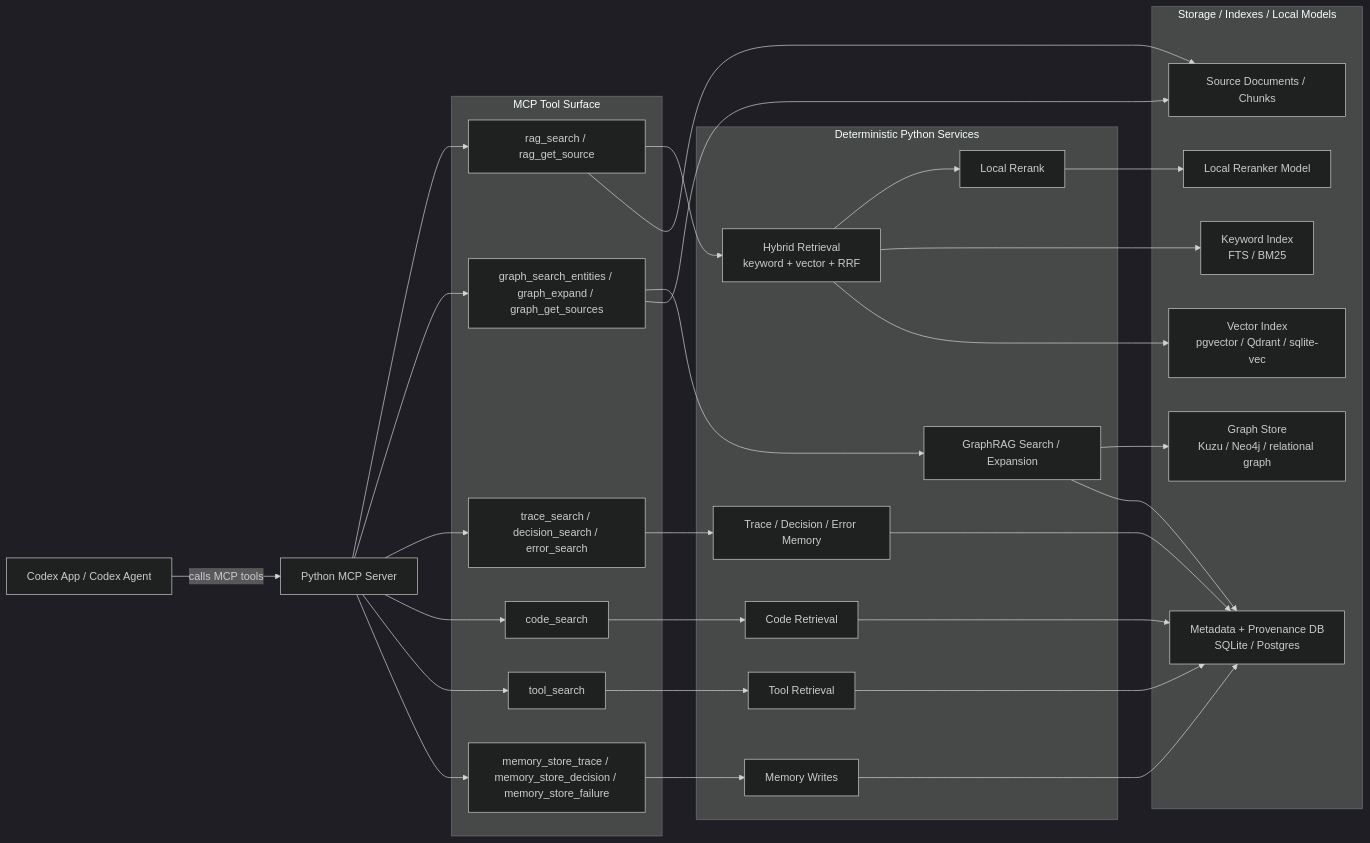
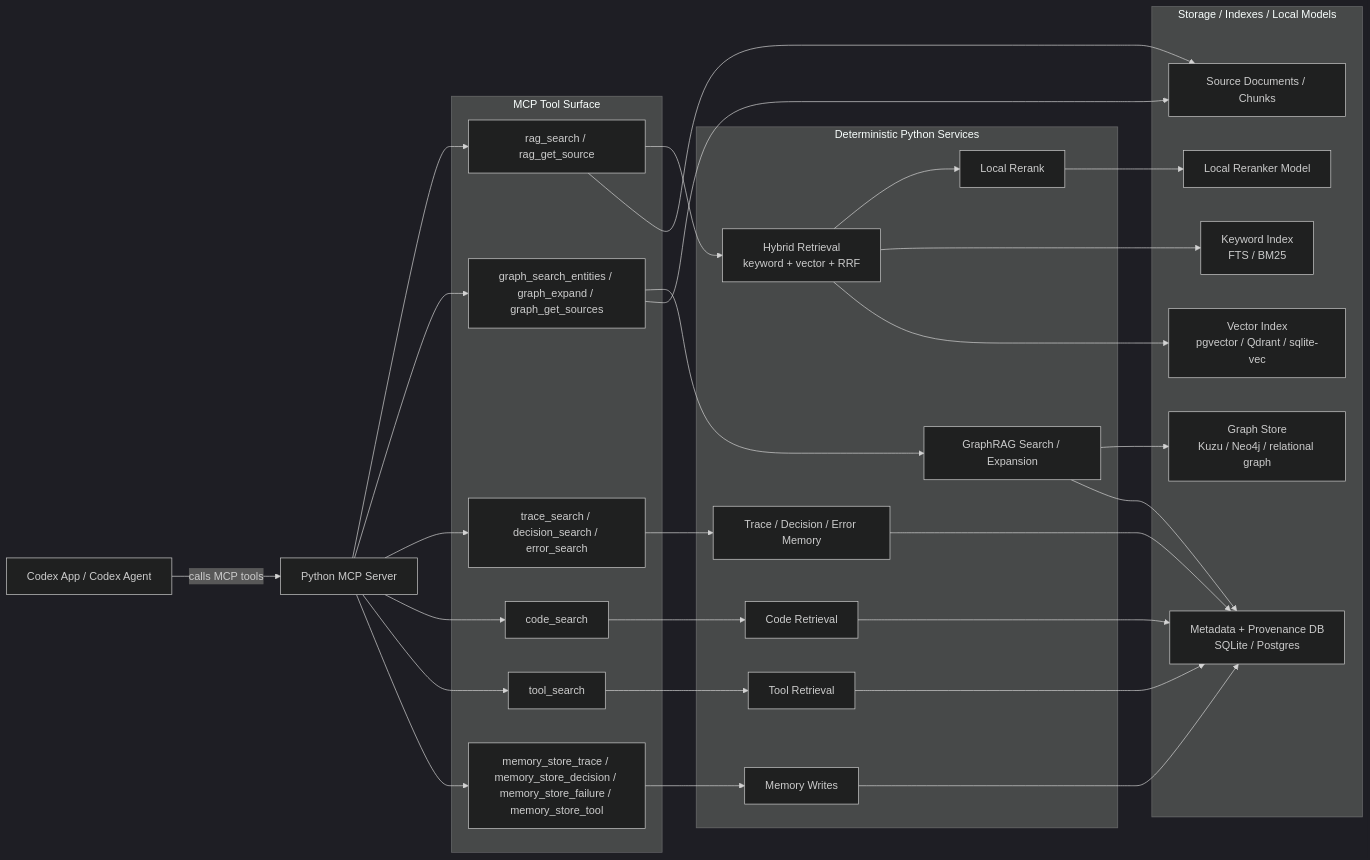
Before and after one commit to koizumikento/multi-rag-harness: the diagram in docs/mcp-tools.md, drawn with Mermaid (dark theme). The commit also changed other lines of this file and 10 other files, not shown here.

````diff
--- a/docs/mcp-tools.md
+++ b/docs/mcp-tools.md
@@ -13,62 +13,62 @@
 ```mermaid
 flowchart LR
     APP["Codex App / Codex Agent"]
     MCP["Python MCP Server"]
 
     APP -- "calls MCP tools" --> MCP
 
     subgraph Tools["MCP Tool Surface"]
         RAG["rag_search / rag_get_source"]
         GRAPH["graph_search_entities / graph_expand / graph_get_sources"]
         MEMORY["trace_search / decision_search / error_search"]
         CODE["code_search"]
         TOOL["tool_search"]
-        STORE["memory_store_trace / memory_store_decision / memory_store_failure"]
+        STORE["memory_store_trace / memory_store_decision / memory_store_failure / memory_store_tool"]
     end
 
     MCP --> RAG
     MCP --> GRAPH
     MCP --> MEMORY
     MCP --> CODE
     MCP --> TOOL
     MCP --> STORE
 
     subgraph Services["Deterministic Python Services"]
         RET["Hybrid Retrieval\nkeyword + vector + RRF"]
         RERANK["Local Rerank"]
         GEXEC["GraphRAG Search / Expansion"]
         MEXEC["Trace / Decision / Error Memory"]
         CEXEC["Code Retrieval"]
         TEXEC["Tool Retrieval"]
         WRITE["Memory Writes"]
     end
 
     RAG --> RET
     RET --> RERANK
     GRAPH --> GEXEC
     MEMORY --> MEXEC
     CODE --> CEXEC
     TOOL --> TEXEC
     STORE --> WRITE
 
     subgraph Backends["Storage / Indexes / Local Models"]
         FTS["Keyword Index\nFTS / BM25"]
         VEC["Vector Index\npgvector / Qdrant / sqlite-vec"]
         RR["Local Reranker Model"]
         GDB["Graph Store\nKuzu / Neo4j / relational graph"]
         DB["Metadata + Provenance DB\nSQLite / Postgres"]
         SRC["Source Documents / Chunks"]
     end
 
     RET --> FTS
     RET --> VEC
     RERANK --> RR
     GEXEC --> GDB
     GEXEC --> DB
     MEXEC --> DB
     CEXEC --> DB
     TEXEC --> DB
     WRITE --> DB
     RAG --> SRC
     GRAPH --> SRC
 ```
````
